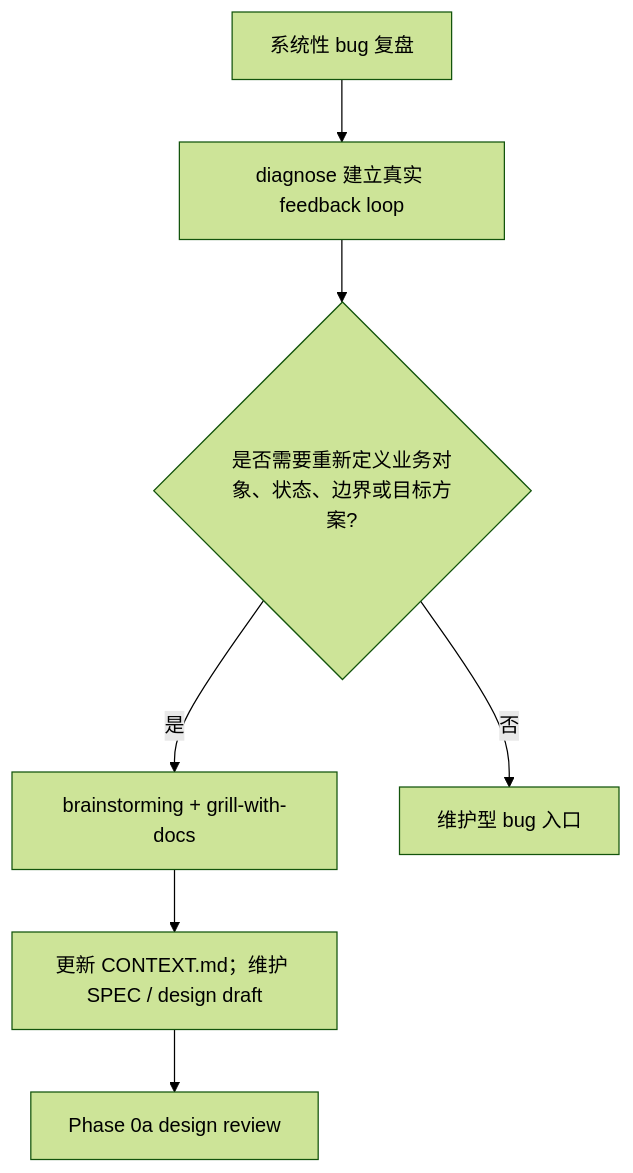
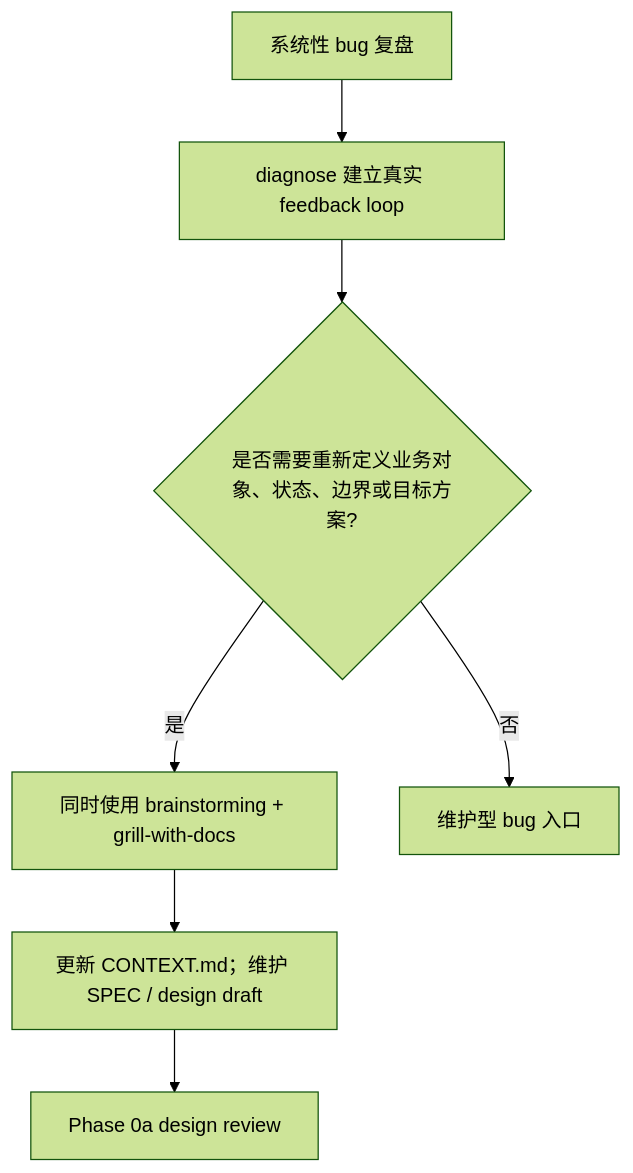
Before and after one commit to chancheuklap/multi-model-workflow: the second of 2 diagrams in .agents/skills/orchestrate-workflow/references/discovery-routing.md, drawn with Mermaid (forest theme). The commit also changed other lines of this file and 1 other file, not shown here.

````diff
--- a/.agents/skills/orchestrate-workflow/references/discovery-routing.md
+++ b/.agents/skills/orchestrate-workflow/references/discovery-routing.md
@@ -44,9 +46,9 @@
 ```mermaid
 flowchart TD
     A["系统性 bug 复盘"] --> B["diagnose 建立真实 feedback loop"]
     B --> C{"是否需要重新定义业务对象、状态、边界或目标方案?"}
-    C -->|是| D["brainstorming + grill-with-docs"]
+    C -->|是| D["同时使用 brainstorming + grill-with-docs"]
     D --> E["更新 CONTEXT.md；维护 SPEC / design draft"]
     E --> F["Phase 0a design review"]
     C -->|否| G["维护型 bug 入口"]
 ```
````
